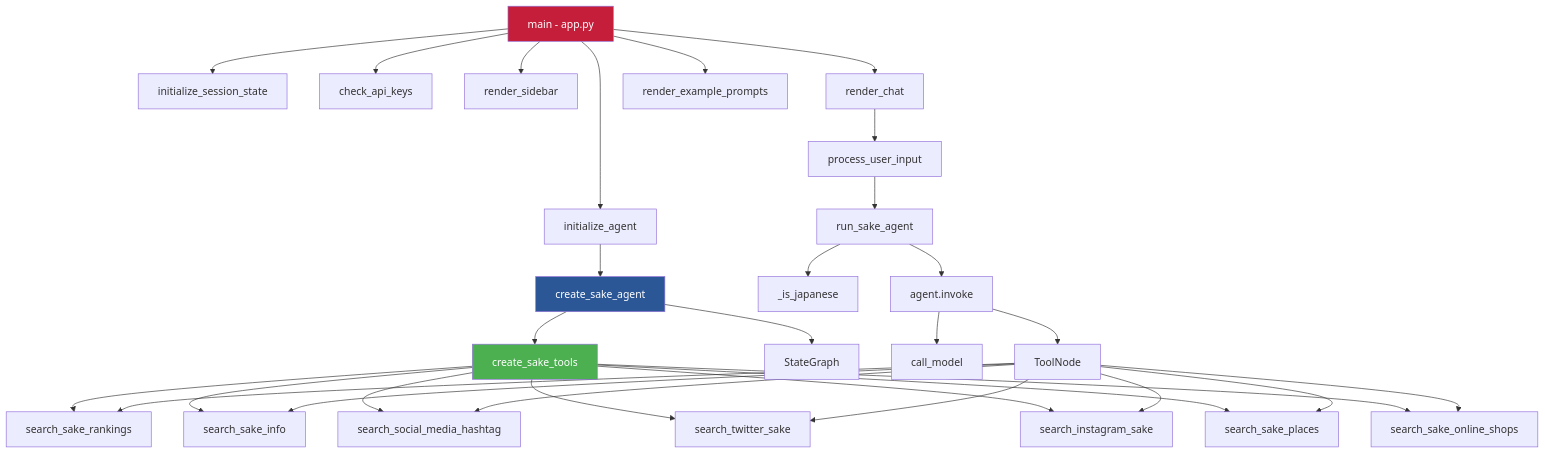
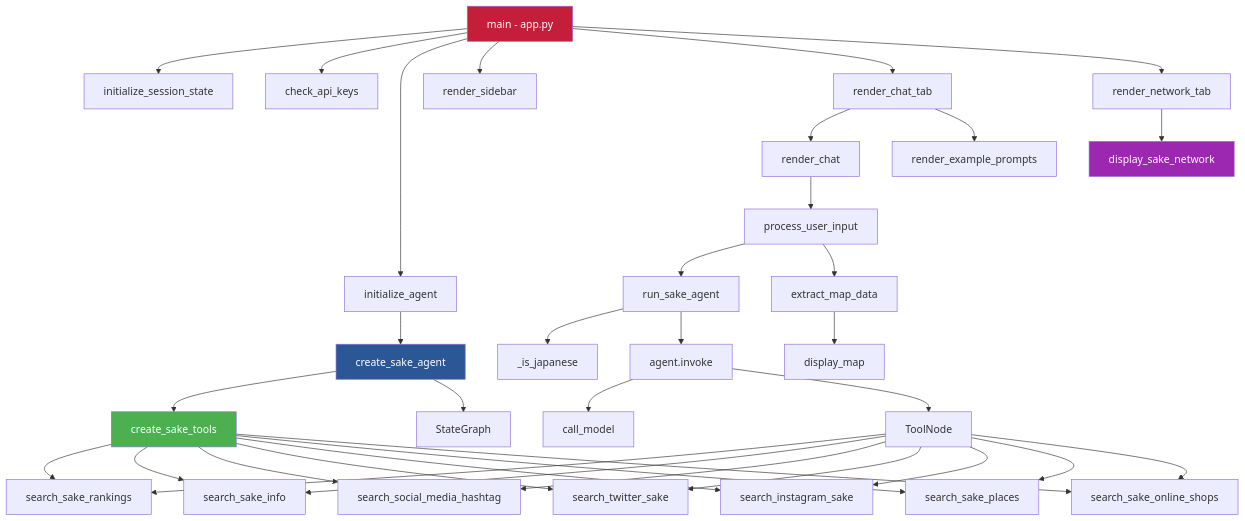
One commit to riko-py-mk/japan_sake_guide_app changed diagram 13 of 14 in SYSTEM_DIAGRAM.md. Above: the diagram before and after it, drawn with Mermaid. The commit also changed other lines of this file and 1 other file, not shown here.

First line of the commit message:
docs: update README and SYSTEM_DIAGRAM for Sake Network Graph feature

````diff
--- a/SYSTEM_DIAGRAM.md
+++ b/SYSTEM_DIAGRAM.md
@@ -528,34 +599,41 @@
 ```mermaid
 graph TD
     MAIN[main - app.py] --> INIT[initialize_session_state]
     MAIN --> CHECK[check_api_keys]
     MAIN --> AGENT_INIT[initialize_agent]
     MAIN --> SIDEBAR[render_sidebar]
-    MAIN --> CHAT[render_chat]
-    MAIN --> EXAMPLES[render_example_prompts]
+    MAIN --> TAB_CHAT[render_chat_tab]
+    MAIN --> TAB_NET[render_network_tab]
+
+    TAB_CHAT --> CHAT[render_chat]
+    TAB_CHAT --> EXAMPLES[render_example_prompts]
+    TAB_NET --> NETWORK[display_sake_network]
 
     AGENT_INIT --> CREATE[create_sake_agent]
     CREATE --> TOOLS[create_sake_tools]
     CREATE --> GRAPH[StateGraph]
 
     TOOLS --> T1[search_sake_rankings]
     TOOLS --> T2[search_sake_info]
     TOOLS --> T3[search_social_media_hashtag]
     TOOLS --> T4[search_twitter_sake]
     TOOLS --> T5[search_instagram_sake]
     TOOLS --> T6[search_sake_places]
     TOOLS --> T7[search_sake_online_shops]
 
     CHAT --> PROCESS[process_user_input]
     PROCESS --> RUN[run_sake_agent]
+    PROCESS --> EXTRACT[extract_map_data]
+    EXTRACT --> DISPLAY_MAP[display_map]
     RUN --> DETECT[_is_japanese]
     RUN --> INVOKE[agent.invoke]
 
     INVOKE --> CALL[call_model]
     INVOKE --> TOOL_NODE[ToolNode]
     TOOL_NODE --> T1 & T2 & T3 & T4 & T5 & T6 & T7
 
     style MAIN fill:#c41e3a,color:#fff
     style CREATE fill:#2b5797,color:#fff
     style TOOLS fill:#4CAF50,color:#fff
+    style NETWORK fill:#9C27B0,color:#fff
 ```
````
